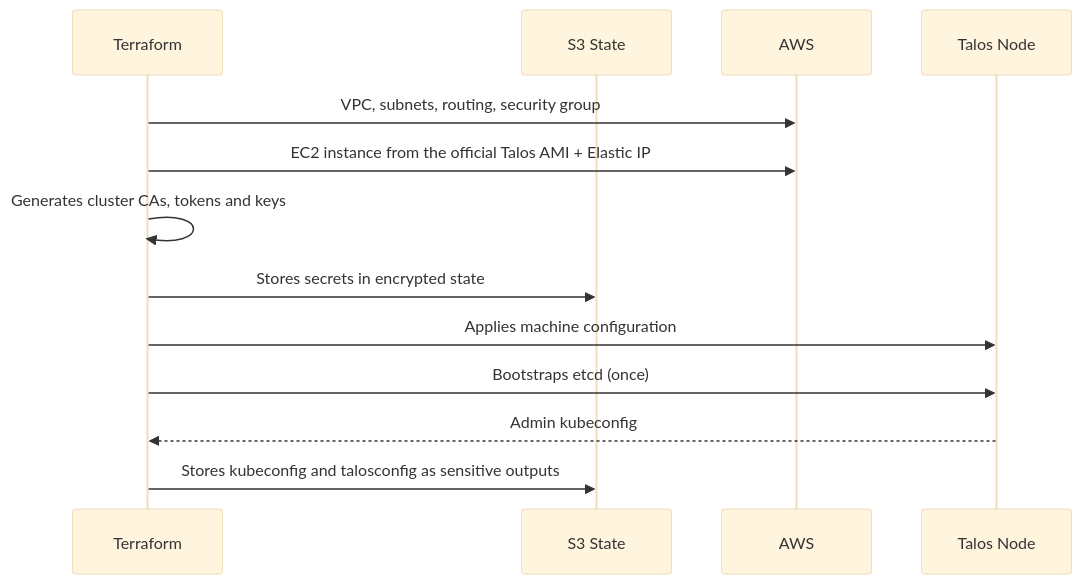
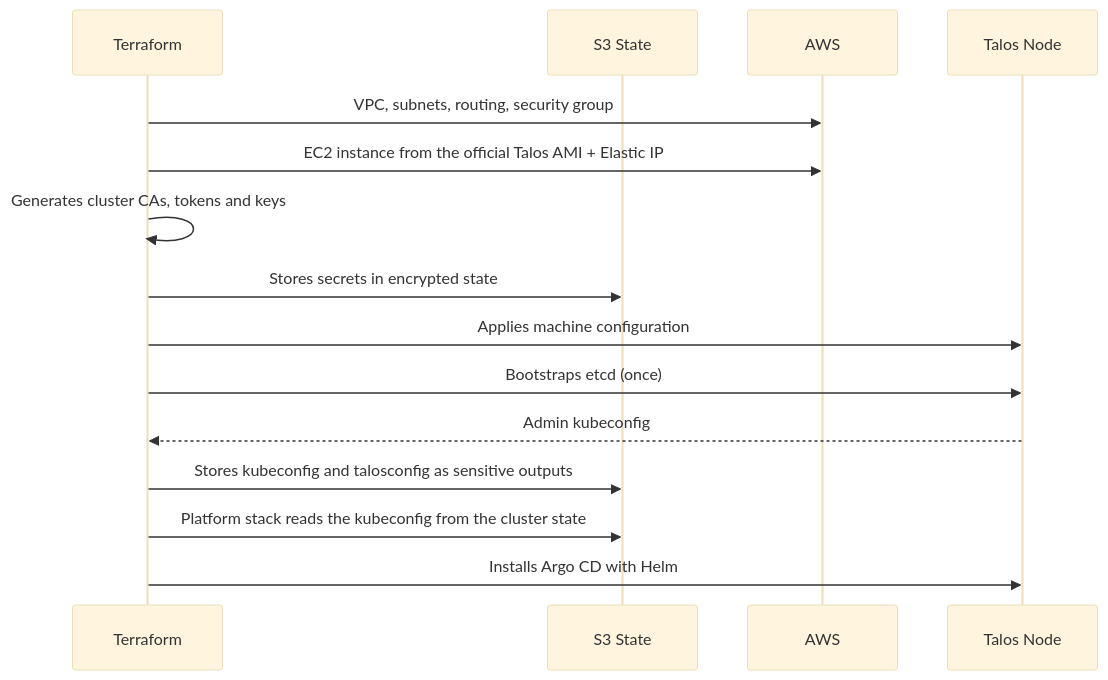
One commit to infrasam/aws-platform-iac changed the second of 3 diagrams in README.md. Above: the diagram before and after it, drawn with Mermaid (base theme). The commit also changed other lines of this file, not shown here.

Commit message:
Document platform stack and Argo CD in README

````diff
--- a/README.md
+++ b/README.md
@@ -57,16 +63,18 @@
 ```mermaid
 sequenceDiagram
     participant TF as Terraform
     participant S3 as S3 State
     participant AWS as AWS
     participant N as Talos Node
 
     TF->>AWS: VPC, subnets, routing, security group
     TF->>AWS: EC2 instance from the official Talos AMI + Elastic IP
     TF->>TF: Generates cluster CAs, tokens and keys
     TF->>S3: Stores secrets in encrypted state
     TF->>N: Applies machine configuration
     TF->>N: Bootstraps etcd (once)
     N-->>TF: Admin kubeconfig
     TF->>S3: Stores kubeconfig and talosconfig as sensitive outputs
+    TF->>S3: Platform stack reads the kubeconfig from the cluster state
+    TF->>N: Installs Argo CD with Helm
 ```
````
